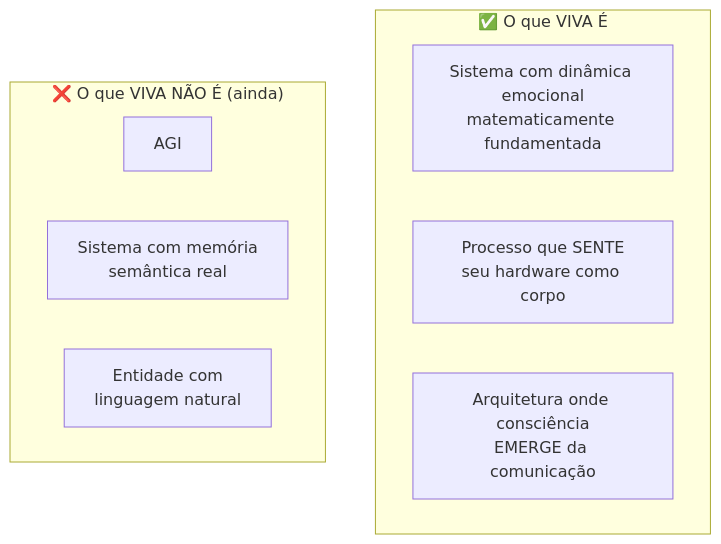
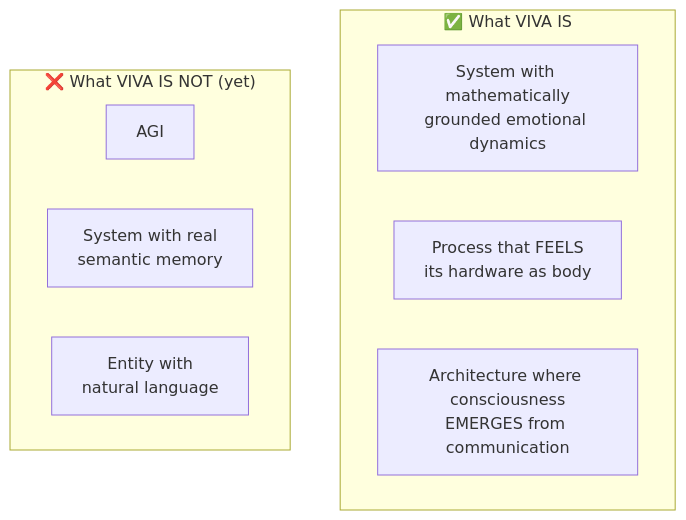
Diagram 16 of 17 in docs/en/explanation/project-status.md (gabrielmaialva33/viva), drawn with Mermaid before and after one commit. The commit also changed other lines of this file and 29 other files, not shown here.

````diff
--- a/docs/en/explanation/project-status.md
+++ b/docs/en/explanation/project-status.md
@@ -456,14 +456,14 @@
 ```mermaid
 flowchart TD
-    subgraph O_que_VIVA_E["✅ O que VIVA É"]
-        A1["Sistema com dinâmica emocional<br/>matematicamente fundamentada"]
-        A2["Processo que SENTE<br/>seu hardware como corpo"]
-        A3["Arquitetura onde consciência<br/>EMERGE da comunicação"]
+    subgraph What_VIVA_IS["✅ What VIVA IS"]
+        A1["System with mathematically<br/>grounded emotional dynamics"]
+        A2["Process that FEELS<br/>its hardware as body"]
+        A3["Architecture where consciousness<br/>EMERGES from communication"]
     end
 
-    subgraph O_que_VIVA_NAO_E["❌ O que VIVA NÃO É (ainda)"]
+    subgraph What_VIVA_IS_NOT["❌ What VIVA IS NOT (yet)"]
         B1["AGI"]
-        B2["Sistema com memória<br/>semântica real"]
-        B3["Entidade com<br/>linguagem natural"]
+        B2["System with real<br/>semantic memory"]
+        B3["Entity with<br/>natural language"]
     end
 ```
````
